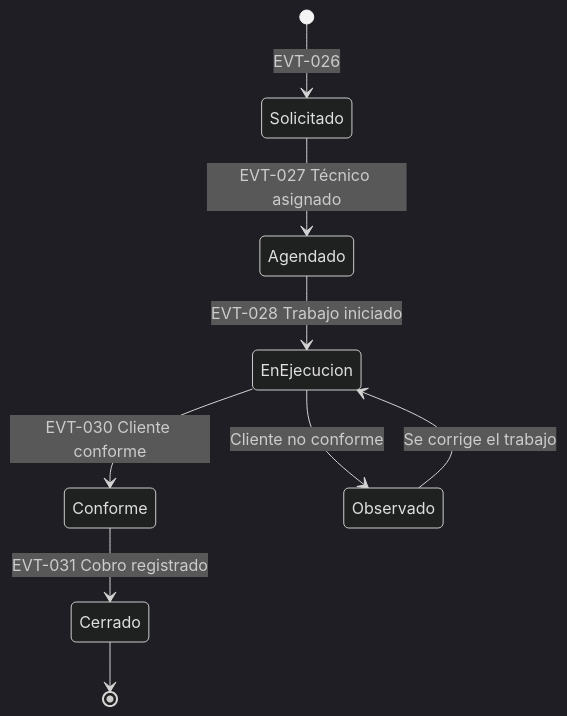
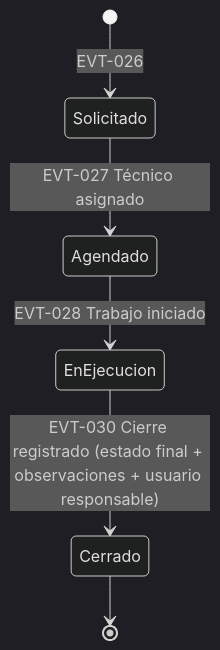
Before and after one commit to JoseAntonioZ1/ISARMIN-ERP: the fifth of 7 diagrams in docs/02-Business/Business-States.md, drawn with Mermaid (dark theme). The commit also changed other lines of this file and 7 other files, not shown here.

````diff
--- a/docs/02-Business/Business-States.md
+++ b/docs/02-Business/Business-States.md
@@ -106,11 +106,8 @@
 ```mermaid
 stateDiagram-v2
     [*] --> Solicitado: EVT-026
     Solicitado --> Agendado: EVT-027 Técnico asignado
     Agendado --> EnEjecucion: EVT-028 Trabajo iniciado
-    EnEjecucion --> Conforme: EVT-030 Cliente conforme
-    EnEjecucion --> Observado: Cliente no conforme
-    Conforme --> Cerrado: EVT-031 Cobro registrado
-    Observado --> EnEjecucion: Se corrige el trabajo
+    EnEjecucion --> Cerrado: EVT-030 Cierre registrado (estado final + observaciones + usuario responsable)
     Cerrado --> [*]
 ```
````
